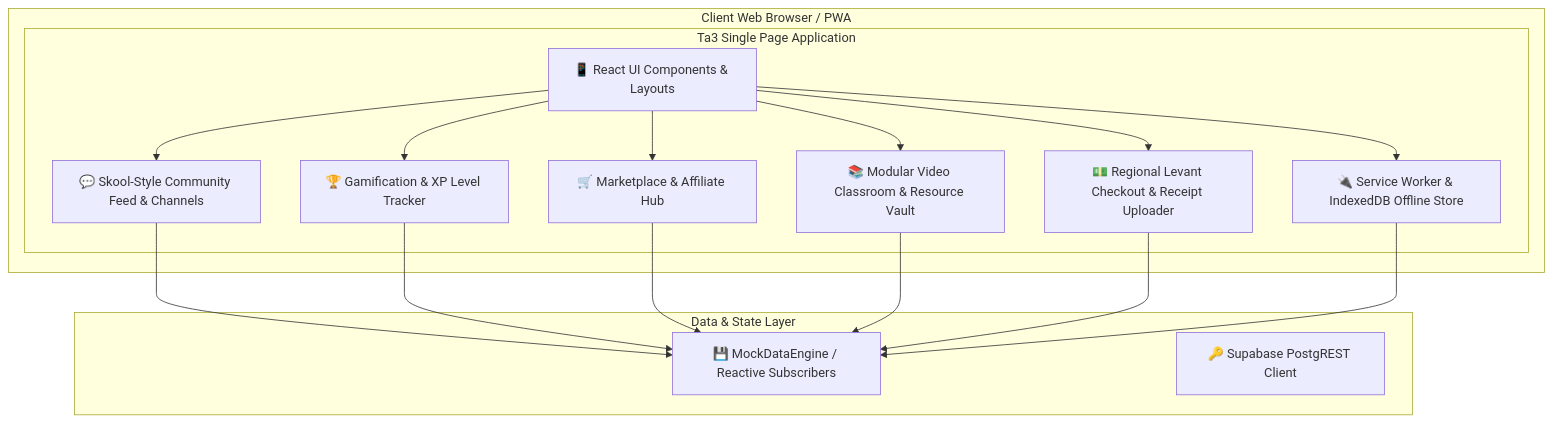
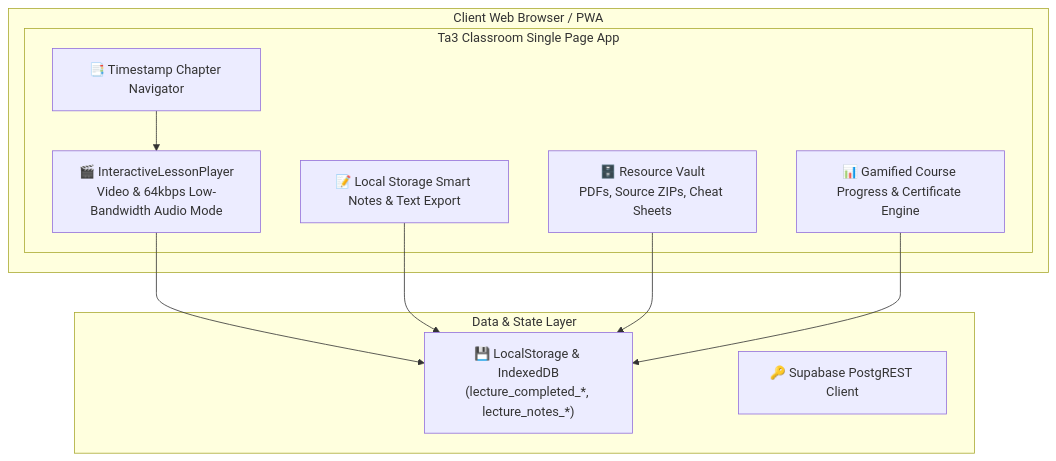
One commit to ta3allam/ta3 changed the second of 3 diagrams in arch.md. Above: the diagram before and after it, drawn with Mermaid. The commit also changed other lines of this file and 3 other files, not shown here.

Commit message:
docs(all): synchronize architecture, ERD, components, and README for Day 2 classroom delivery

````diff
--- a/arch.md
+++ b/arch.md
@@ -48,33 +52,23 @@
 ```mermaid
 graph TD
     subgraph Browser [" Client Web Browser / PWA "]
-        subgraph FrontendSPA [" Ta3 Single Page Application "]
-            UI["📱 React UI Components & Layouts"]
-            CommunityUI["💬 Skool-Style Community Feed & Channels"]
-            LeaderboardUI["🏆 Gamification & XP Level Tracker"]
-            MarketplaceUI["🛒 Marketplace & Affiliate Hub"]
-            ClassroomUI["📚 Modular Video Classroom & Resource Vault"]
-            PaymentUI["💵 Regional Levant Checkout & Receipt Uploader"]
-            PWAEngine["🔌 Service Worker & IndexedDB Offline Store"]
+        subgraph ClassroomSPA [" Ta3 Classroom Single Page App "]
+            LessonPlayer["🎬 InteractiveLessonPlayer<br/>Video & 64kbps Low-Bandwidth Audio Mode"]
+            ChapterIndex["📑 Timestamp Chapter Navigator"]
+            SmartNotes["📝 Local Storage Smart Notes & Text Export"]
+            VaultTab["🗄️ Resource Vault<br/>PDFs, Source ZIPs, Cheat Sheets"]
+            ProgressGauge["📊 Gamified Course Progress & Certificate Engine"]
         end
     end
 
     subgraph Storage [" Data & State Layer "]
-        LocalState["💾 MockDataEngine / Reactive Subscribers"]
+        LocalCache["💾 LocalStorage & IndexedDB<br/>(lecture_completed_*, lecture_notes_*)"]
         SupabaseClient["🔑 Supabase PostgREST Client"]
     end
 
-    UI --> CommunityUI
-    UI --> LeaderboardUI
-    UI --> MarketplaceUI
-    UI --> ClassroomUI
-    UI --> PaymentUI
-    UI --> PWAEngine
-
-    CommunityUI --> LocalState
-    LeaderboardUI --> LocalState
-    MarketplaceUI --> LocalState
-    ClassroomUI --> LocalState
-    PaymentUI --> LocalState
-    PWAEngine --> LocalState
+    LessonPlayer --> LocalCache
+    ChapterIndex --> LessonPlayer
+    SmartNotes --> LocalCache
+    VaultTab --> LocalCache
+    ProgressGauge --> LocalCache
 ```
````
